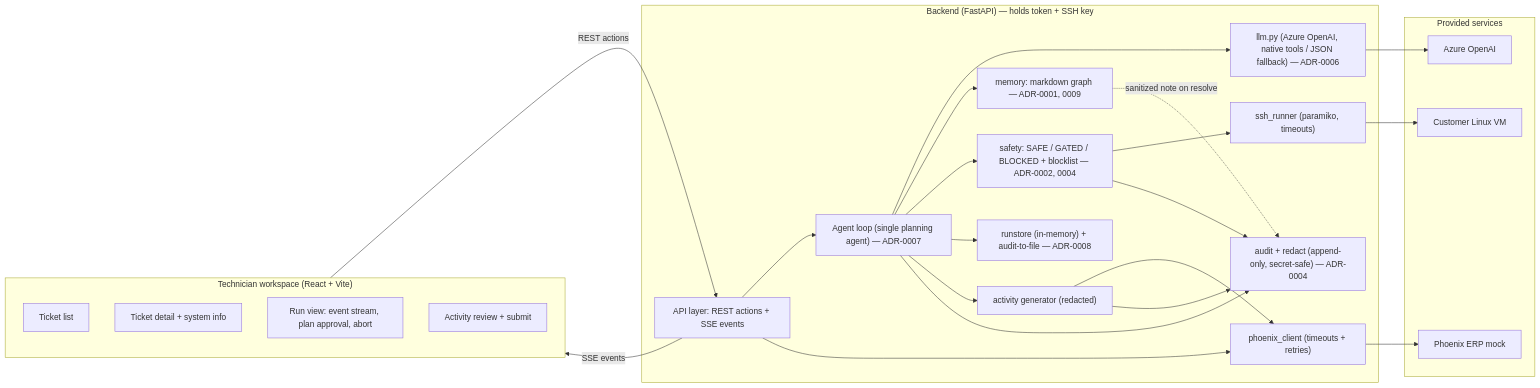
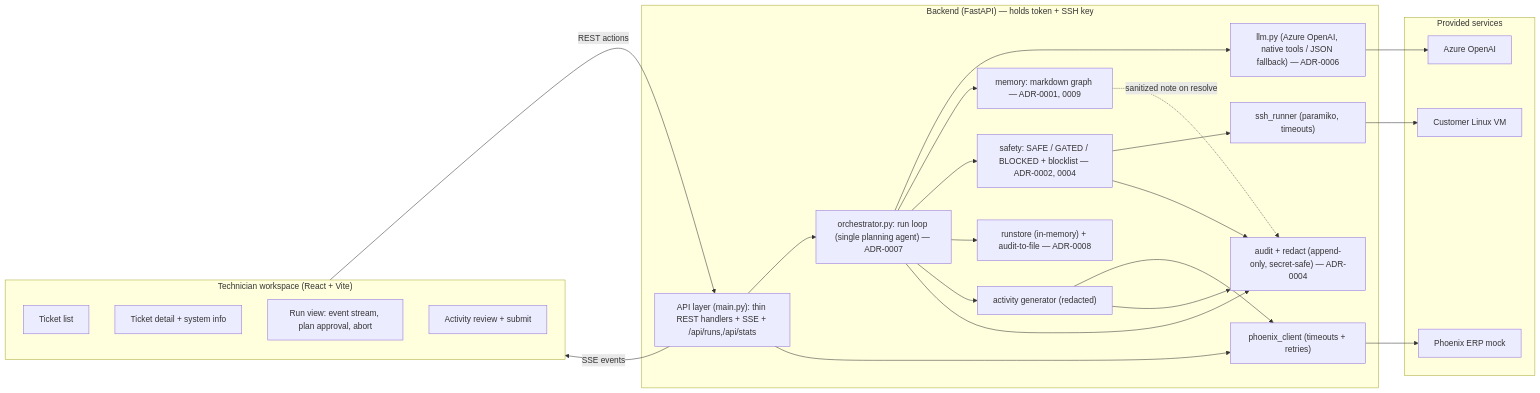
One commit to umar-b/techbold_track_start_hack changed the first of 4 diagrams in docs/architecture.md. Above: the diagram before and after it, drawn with Mermaid. The commit also changed 2 other files, not shown here.

Commit message:
docs: reflect orchestrator split, new endpoints, and UX features
README structure (main.py thin handlers + orchestrator.py loop), test
count (138), rubric-D UX list; architecture diagram nodes; roadmap
checkboxes. Frontend build clean (97.9kB gz), 138 backend tests pass.

````diff
--- a/docs/architecture.md
+++ b/docs/architecture.md
@@ -16,43 +16,43 @@
 ```mermaid
 flowchart LR
   subgraph Browser["Technician workspace (React + Vite)"]
     UList["Ticket list"]
     UDetail["Ticket detail + system info"]
     URun["Run view: event stream, plan approval, abort"]
     UAct["Activity review + submit"]
   end
 
   subgraph Backend["Backend (FastAPI) — holds token + SSH key"]
-    API["API layer: REST actions + SSE events"]
-    Loop["Agent loop (single planning agent) — ADR-0007"]
+    API["API layer (main.py): thin REST handlers + SSE + /api/runs,/api/stats"]
+    Loop["orchestrator.py: run loop (single planning agent) — ADR-0007"]
     LLM["llm.py (Azure OpenAI, native tools / JSON fallback) — ADR-0006"]
     Safety["safety: SAFE / GATED / BLOCKED + blocklist — ADR-0002, 0004"]
     SSH["ssh_runner (paramiko, timeouts)"]
     ERPc["phoenix_client (timeouts + retries)"]
     Audit["audit + redact (append-only, secret-safe) — ADR-0004"]
     Act["activity generator (redacted)"]
     Mem["memory: markdown graph — ADR-0001, 0009"]
     Store["runstore (in-memory) + audit-to-file — ADR-0008"]
   end
 
   subgraph External["Provided services"]
     Phoenix["Phoenix ERP mock"]
     VM["Customer Linux VM"]
     Azure["Azure OpenAI"]
   end
 
   Browser -- "REST actions" --> API
   API -- "SSE events" --> Browser
   API --> Loop
   Loop --> LLM --> Azure
   Loop --> Mem
   Loop --> Safety --> SSH --> VM
   Loop --> Store
   API --> ERPc --> Phoenix
   Act --> ERPc
   Loop --> Act
   Loop --> Audit
   Safety --> Audit
   Act --> Audit
   Mem -. "sanitized note on resolve" .-> Audit
 ```
````
